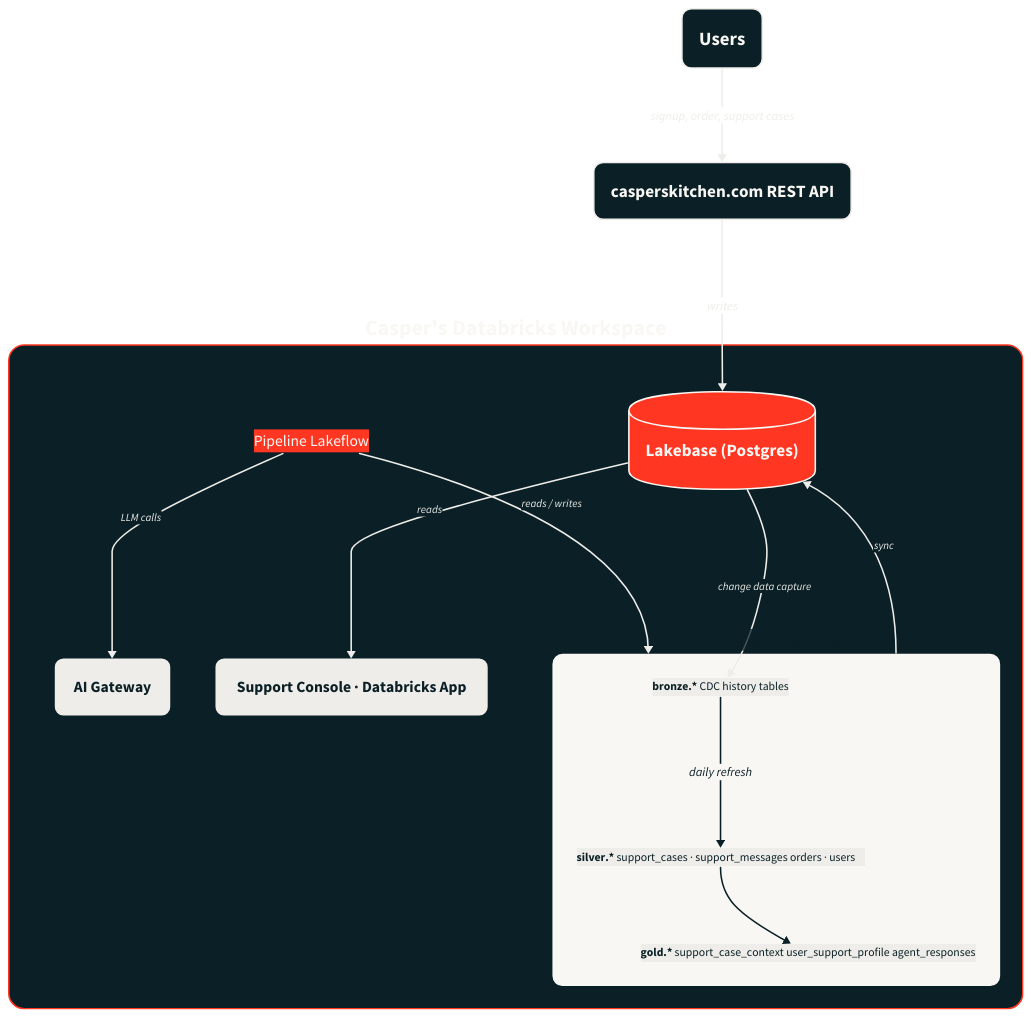
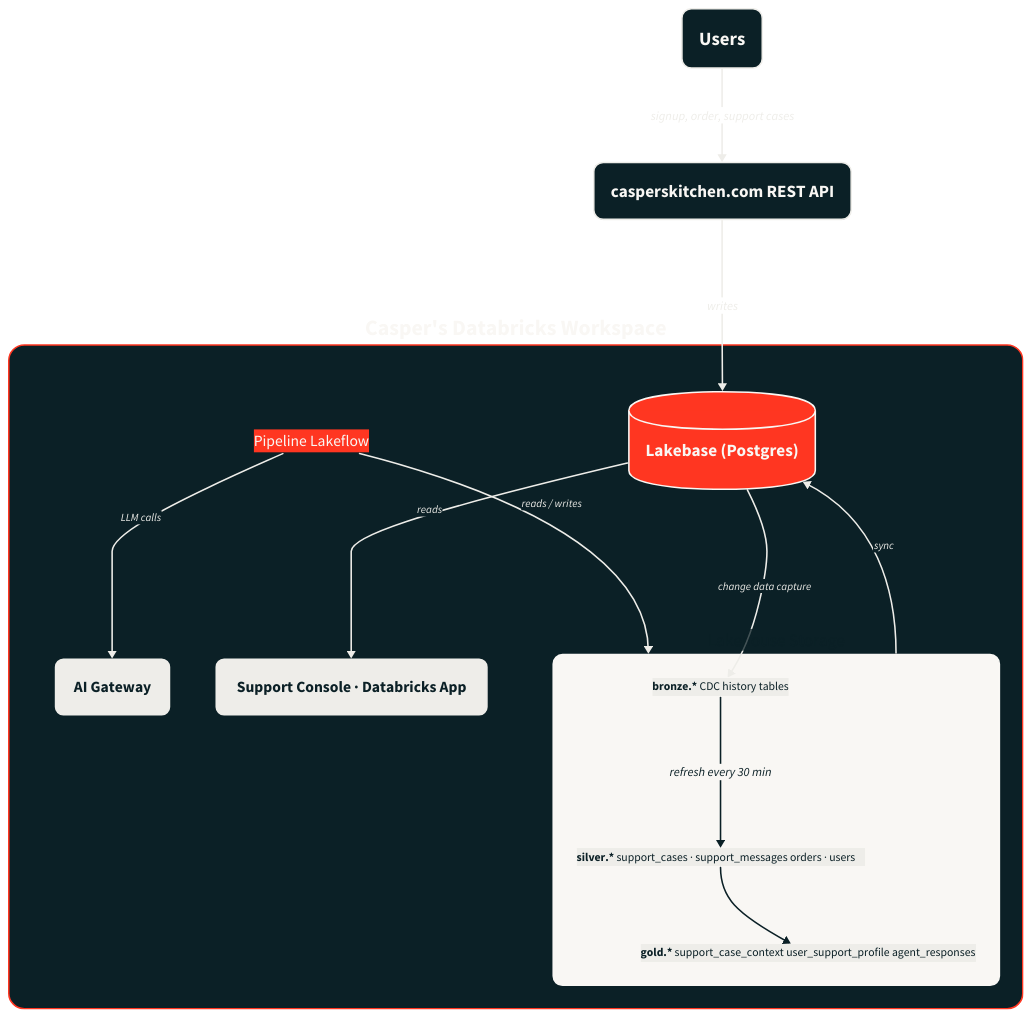
Before and after one commit to andrelandgraf/caspers-kitchen: the diagram in docs/architecture.d2, drawn with D2. The commit also changed 4 other files, not shown here.

```diff
--- a/docs/architecture.d2
+++ b/docs/architecture.d2
@@ -164,7 +164,7 @@
       }
     }
 
-    bronze -> silver: daily refresh {
+    bronze -> silver: refresh every 30 min {
       style: {
         stroke: "#0B2026"
         font-color: "#0B2026"
```
